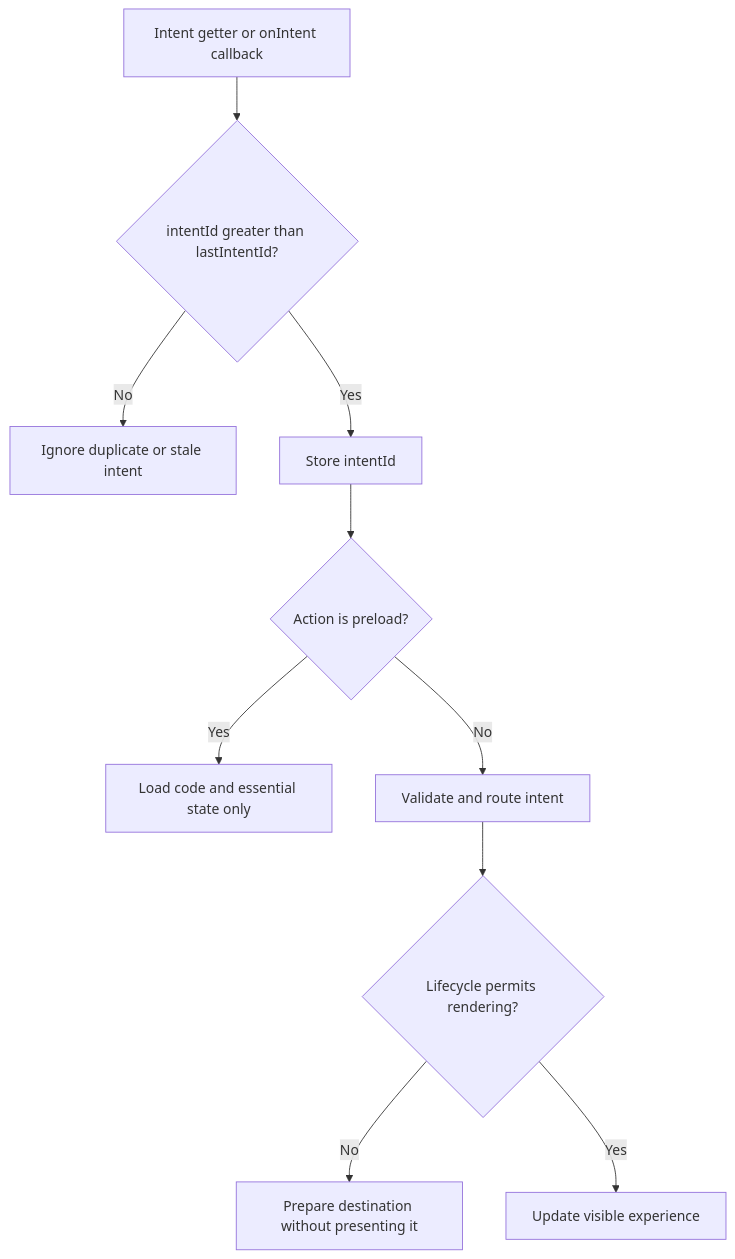
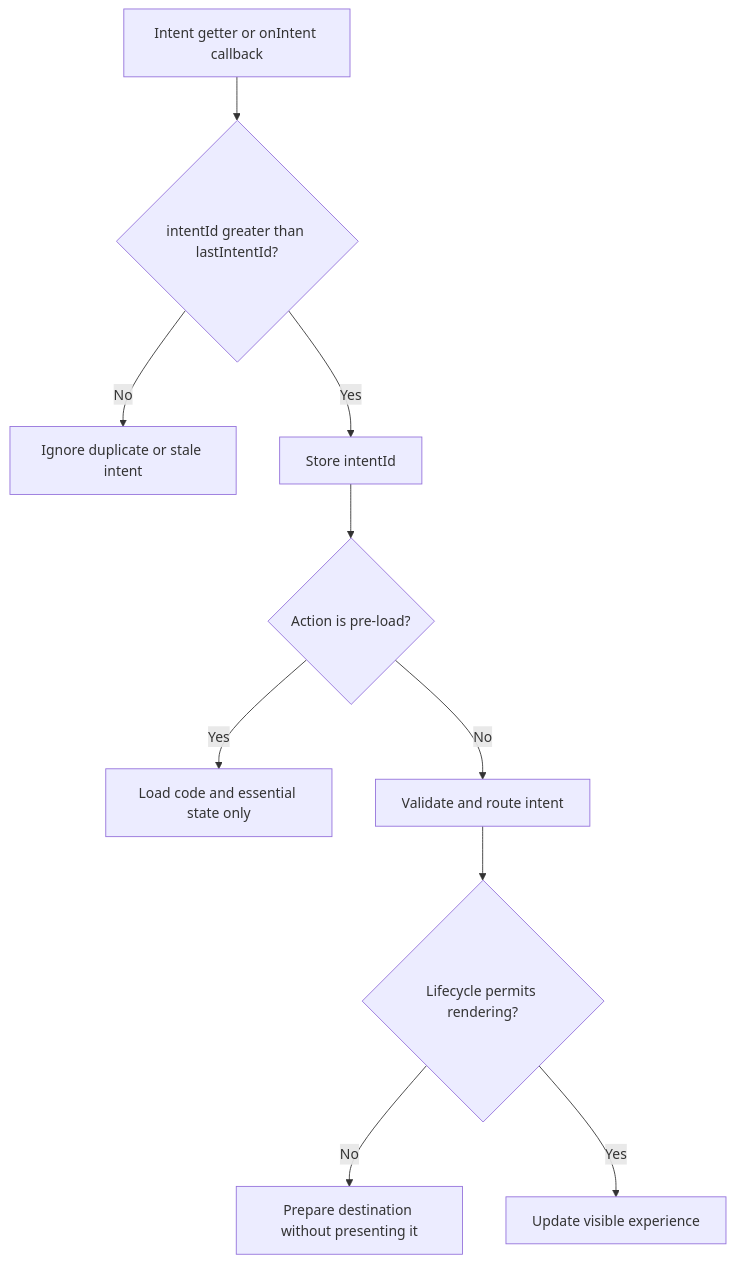
Before and after one commit to bcatrysse/docs: the second of 2 diagrams in LifecycleAndIntents.md, drawn with Mermaid. The commit also changed other lines of this file, not shown here.

First line of the commit message:
pre-load iso preload

````diff
--- a/LifecycleAndIntents.md
+++ b/LifecycleAndIntents.md
@@ -261,12 +261,12 @@
 ```mermaid
 flowchart TD
 	A[Intent getter or onIntent callback] --> B{intentId greater than lastIntentId?}
 	B -- No --> C[Ignore duplicate or stale intent]
 	B -- Yes --> D[Store intentId]
-	D --> E{Action is preload?}
+	D --> E{Action is pre-load?}
 	E -- Yes --> F[Load code and essential state only]
 	E -- No --> G[Validate and route intent]
 	G --> H{Lifecycle permits rendering?}
 	H -- No --> I[Prepare destination without presenting it]
 	H -- Yes --> J[Update visible experience]
 ```
````
